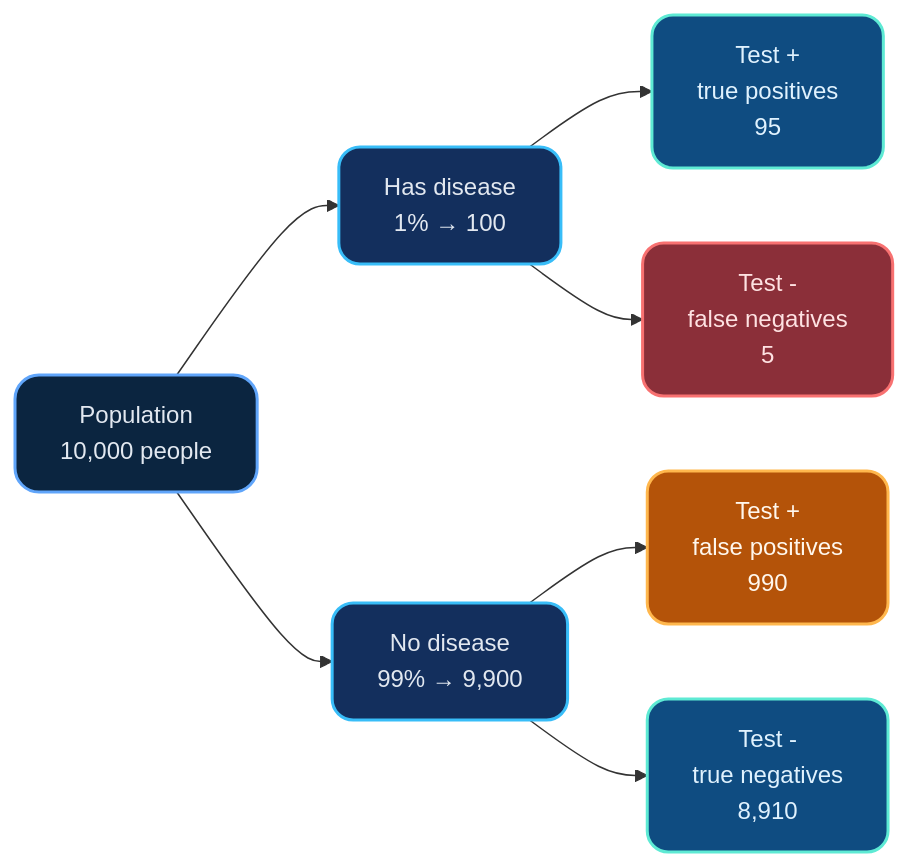
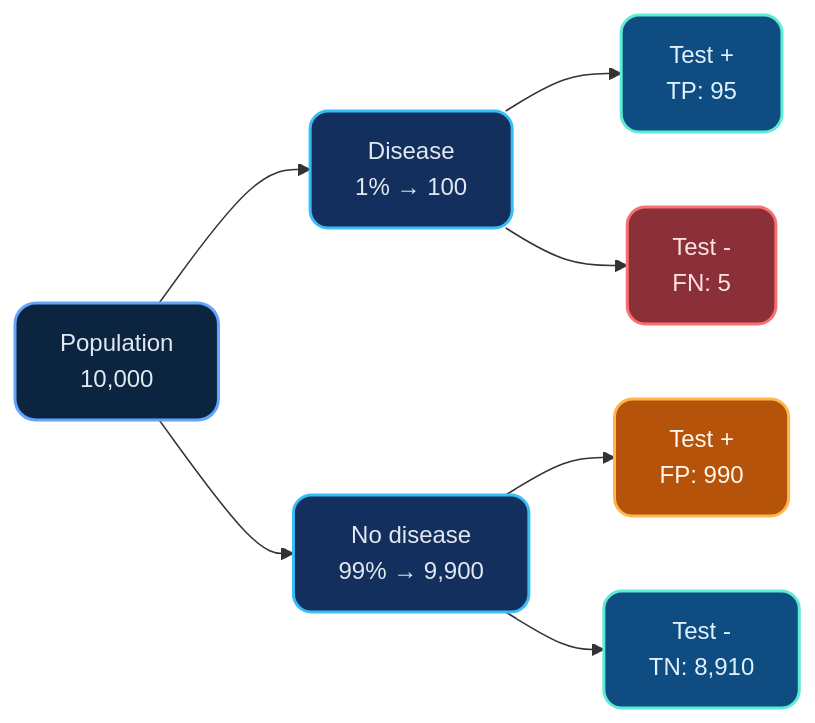
One commit to MindaugasSarpis/CERN_lessons_on_data_analysis changed the second of 6 diagrams in lectures/content/slides/L9_Probability_and_Statistics.md. Above: the diagram before and after it, drawn with Mermaid. The commit also changed other lines of this file, not shown here.

````diff
--- a/lectures/content/slides/L9_Probability_and_Statistics.md
+++ b/lectures/content/slides/L9_Probability_and_Statistics.md
@@ -609,26 +518,26 @@
 ```mermaid
 %%{init: {'theme': 'dark', 'themeVariables': {
   'primaryColor': '#0f1f3d',
   'primaryBorderColor': '#60a5fa',
   'primaryTextColor': '#e2e8f0',
   'secondaryColor': '#102b4c',
   'tertiaryColor': '#0ea5e9',
   'lineColor': '#5eead4',
   'fontFamily': 'Inter, Segoe UI, sans-serif'
-}, 'flowchart': {'curve': 'basis', 'htmlLabels': true, 'nodeSpacing': 55, 'rankSpacing': 65}}%%
+}, 'flowchart': {'curve': 'basis', 'htmlLabels': true, 'nodeSpacing': 35, 'rankSpacing': 45}}%%
 flowchart LR
-    Population["Population<br/>10,000 people"]:::hub --> HasDisease["Has disease<br/>1% → 100"]:::branch
+    Population["Population<br/>10,000"]:::hub --> HasDisease["Disease<br/>1% → 100"]:::branch
     Population --> NoDisease["No disease<br/>99% → 9,900"]:::branch
 
-    HasDisease --> TruePos["Test +<br/>true positives<br/>95"]:::positive
-    HasDisease --> FalseNeg["Test -<br/>false negatives<br/>5"]:::negative
+    HasDisease --> TruePos["Test +<br/>TP: 95"]:::positive
+    HasDisease --> FalseNeg["Test -<br/>FN: 5"]:::negative
 
-    NoDisease --> FalsePos["Test +<br/>false positives<br/>990"]:::alert
-    NoDisease --> TrueNeg["Test -<br/>true negatives<br/>8,910"]:::positive
+    NoDisease --> FalsePos["Test +<br/>FP: 990"]:::alert
+    NoDisease --> TrueNeg["Test -<br/>TN: 8,910"]:::positive
 
-    classDef hub fill:#0b2540,stroke:#60a5fa,stroke-width:2px,color:#e2e8f0,rx:16px,ry:16px;
-    classDef branch fill:#132f5d,stroke:#38bdf8,stroke-width:2px,color:#e2e8f0,rx:14px,ry:14px;
-    classDef positive fill:#0f4c81,stroke:#5eead4,stroke-width:2px,color:#e0f2fe,rx:14px,ry:14px;
-    classDef alert fill:#b45309,stroke:#ffb74d,stroke-width:2px,color:#fff7ed,rx:14px,ry:14px;
-    classDef negative fill:#8b2f39,stroke:#f87171,stroke-width:2px,color:#fee2e2,rx:14px,ry:14px;
+    classDef hub fill:#0b2540,stroke:#60a5fa,stroke-width:2px,color:#e2e8f0,rx:14px,ry:14px;
+    classDef branch fill:#132f5d,stroke:#38bdf8,stroke-width:2px,color:#e2e8f0,rx:12px,ry:12px;
+    classDef positive fill:#0f4c81,stroke:#5eead4,stroke-width:2px,color:#e0f2fe,rx:12px,ry:12px;
+    classDef alert fill:#b45309,stroke:#ffb74d,stroke-width:2px,color:#fff7ed,rx:12px,ry:12px;
+    classDef negative fill:#8b2f39,stroke:#f87171,stroke-width:2px,color:#fee2e2,rx:12px,ry:12px;
 ```
````
